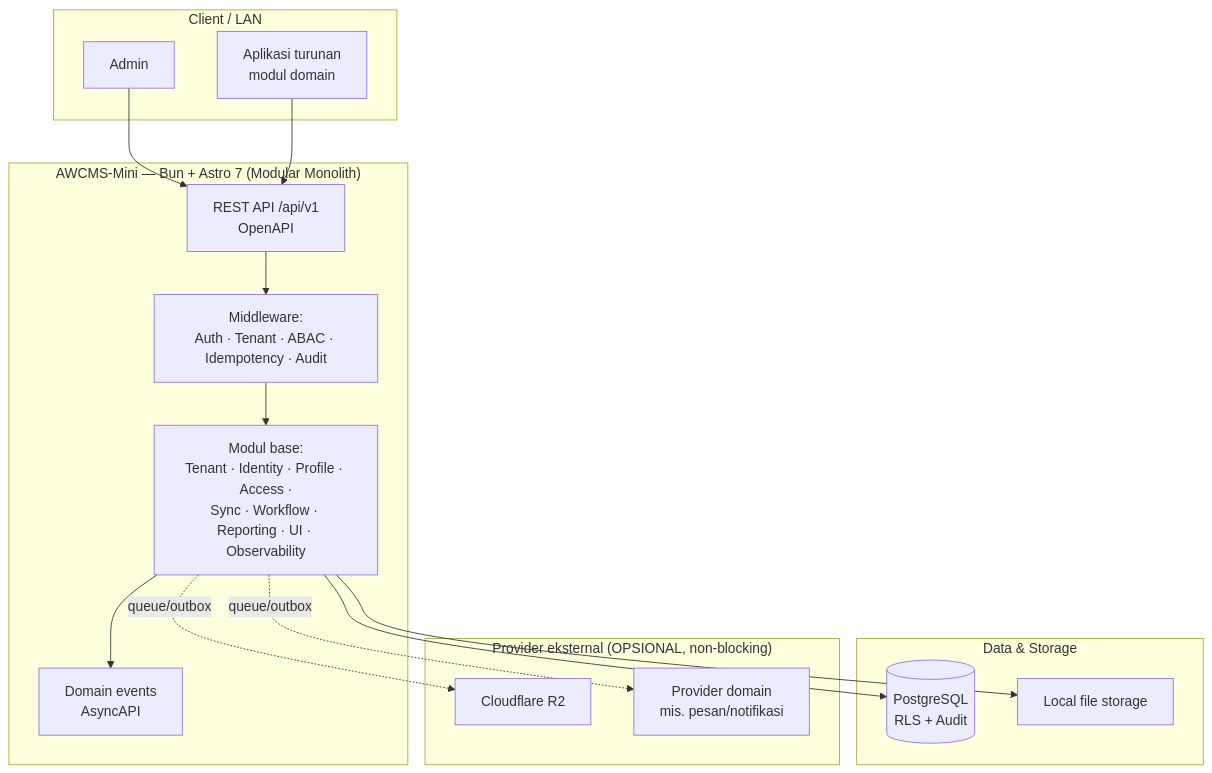
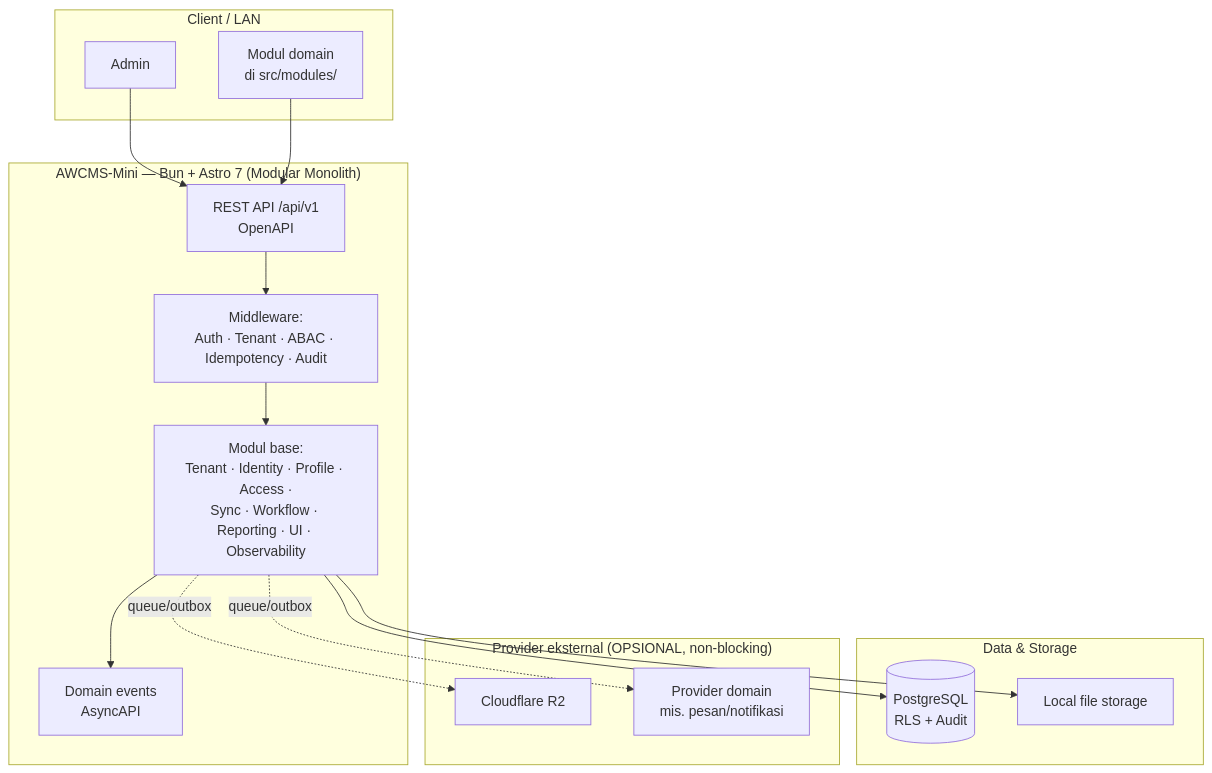
Before and after one commit to ahliweb/awcms-mini: the first of 3 diagrams in README.md, drawn with Mermaid. The commit also changed other lines of this file and 2 other files, not shown here.

````diff
--- a/README.md
+++ b/README.md
@@ -26,33 +26,33 @@
 ```mermaid
 flowchart TB
   subgraph Client["Client / LAN"]
     ADM[Admin]
-    APP[Aplikasi turunan<br/>modul domain]
+    APP[Modul domain<br/>di src/modules/]
   end
 
   subgraph App["AWCMS-Mini — Bun + Astro 7 (Modular Monolith)"]
     API[REST API /api/v1<br/>OpenAPI]
     MW[Middleware:<br/>Auth · Tenant · ABAC · Idempotency · Audit]
     MOD[Modul base:<br/>Tenant · Identity · Profile · Access ·<br/>Sync · Workflow · Reporting · UI · Observability]
     EVT[Domain events<br/>AsyncAPI]
   end
 
   subgraph Data["Data & Storage"]
     PG[(PostgreSQL<br/>RLS + Audit)]
     FILE[Local file storage]
   end
 
   subgraph Ext["Provider eksternal (OPSIONAL, non-blocking)"]
     R2[Cloudflare R2]
     PROV[Provider domain<br/>mis. pesan/notifikasi]
   end
 
   ADM --> API
   APP --> API
   API --> MW --> MOD
   MOD --> PG
   MOD --> FILE
   MOD --> EVT
   MOD -. queue/outbox .-> R2
   MOD -. queue/outbox .-> PROV
 ```
````
